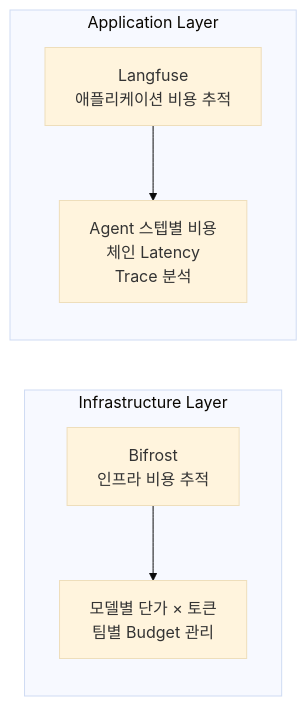
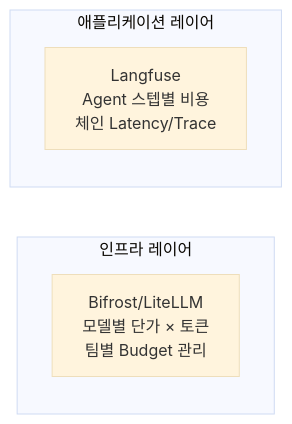
Before and after one commit to devfloor9/engineering-playbook: the third of 3 diagrams in docs/agentic-ai-platform/model-serving/gpu-resource-management.md, drawn with Mermaid (base theme). The commit also changed other lines of this file and 5 other files, not shown here.

````diff
--- a/docs/agentic-ai-platform/model-serving/gpu-resource-management.md
+++ b/docs/agentic-ai-platform/model-serving/gpu-resource-management.md
@@ -1093,15 +394,9 @@
 ```mermaid
 flowchart LR
-    subgraph "Infrastructure Layer"
-        LITE["Bifrost<br/>인프라 비용 추적"]
-        METRICS["모델별 단가 × 토큰<br/>팀별 Budget 관리"]
+    subgraph "인프라 레이어"
+        BIFROST["Bifrost/LiteLLM<br/>모델별 단가 × 토큰<br/>팀별 Budget 관리"]
     end
-
-    subgraph "Application Layer"
-        LANGFUSE["Langfuse<br/>애플리케이션 비용 추적"]
-        APP_METRICS["Agent 스텝별 비용<br/>체인 Latency<br/>Trace 분석"]
+    subgraph "애플리케이션 레이어"
+        LANGFUSE["Langfuse<br/>Agent 스텝별 비용<br/>체인 Latency/Trace"]
     end
-
-    LITE --> METRICS
-    LANGFUSE --> APP_METRICS
 ```
````
